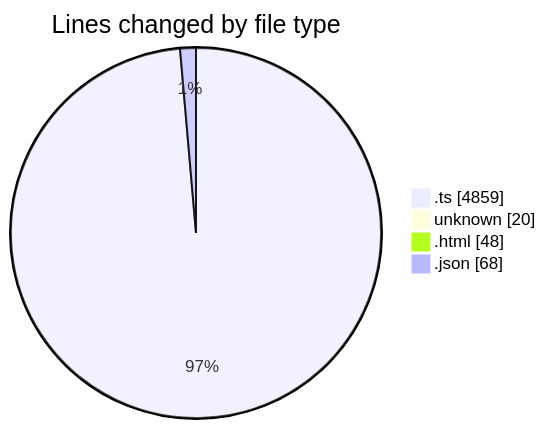
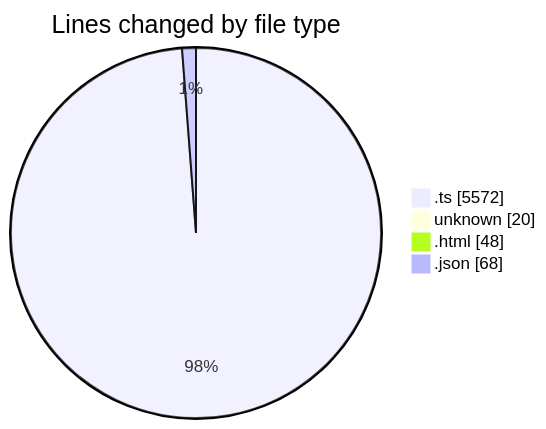
Before and after one commit to tmsrecording-cyber/code-tracking: the first of 2 diagrams in 2026-02-06/singularitybrainai/README.md, drawn with Mermaid. The commit also changed other lines of this file and 1 other file, not shown here.

````diff
--- a/2026-02-06/singularitybrainai/README.md
+++ b/2026-02-06/singularitybrainai/README.md
@@ -31,8 +31,8 @@
 ```mermaid
 pie showData
 title Lines changed by file type
-".ts" : 4859
+".ts" : 5572
 "unknown" : 20
 ".html" : 48
 ".json" : 68
 ```
````
